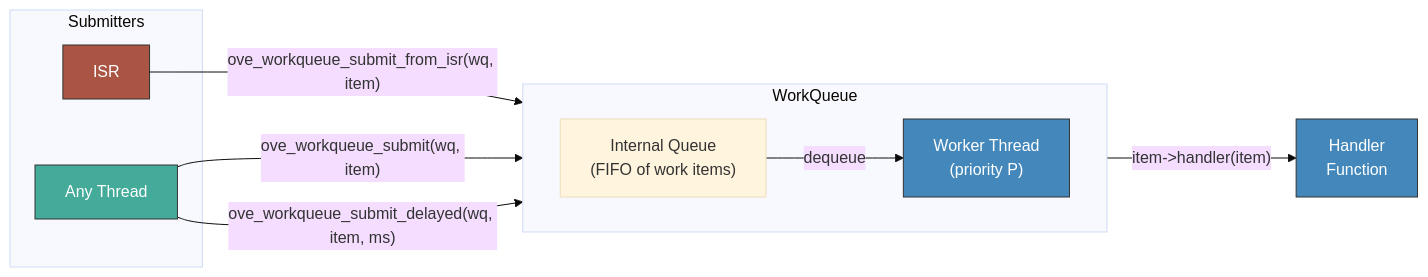
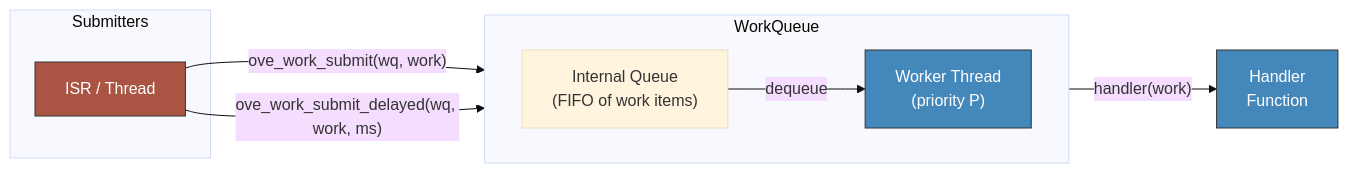
The third of 4 diagrams in docs-site/docs/api/timers.md (Varcain/oveRTOS), drawn with Mermaid (base theme) before and after one commit. The commit also changed other lines of this file and 20 other files, not shown here.

````diff
--- a/docs-site/docs/api/timers.md
+++ b/docs-site/docs/api/timers.md
@@ -124,25 +135,22 @@
 ```mermaid
 graph LR
     subgraph Submitters
-        ISR["ISR"]
-        THR["Any Thread"]
+        ISR["ISR / Thread"]
     end
 
     subgraph WQ["WorkQueue"]
         direction LR
         FIFO["Internal Queue\n(FIFO of work items)"]
         WORKER["Worker Thread\n(priority P)"]
         FIFO -->|"dequeue"| WORKER
     end
 
-    ISR -->|"ove_workqueue_submit_from_isr(wq, item)"| FIFO
-    THR -->|"ove_workqueue_submit(wq, item)"| FIFO
-    THR -->|"ove_workqueue_submit_delayed(wq, item, ms)"| FIFO
+    ISR -->|"ove_work_submit(wq, work)"| FIFO
+    ISR -->|"ove_work_submit_delayed(wq, work, ms)"| FIFO
 
-    WORKER -->|"item->handler(item)"| HANDLER["Handler\nFunction"]
+    WORKER -->|"handler(work)"| HANDLER["Handler\nFunction"]
 
     style ISR     fill:#a54,stroke:#333,color:#fff
-    style THR     fill:#4a9,stroke:#333,color:#fff
     style WORKER  fill:#48b,stroke:#333,color:#fff
     style HANDLER fill:#48b,stroke:#333,color:#fff
 ```
````
